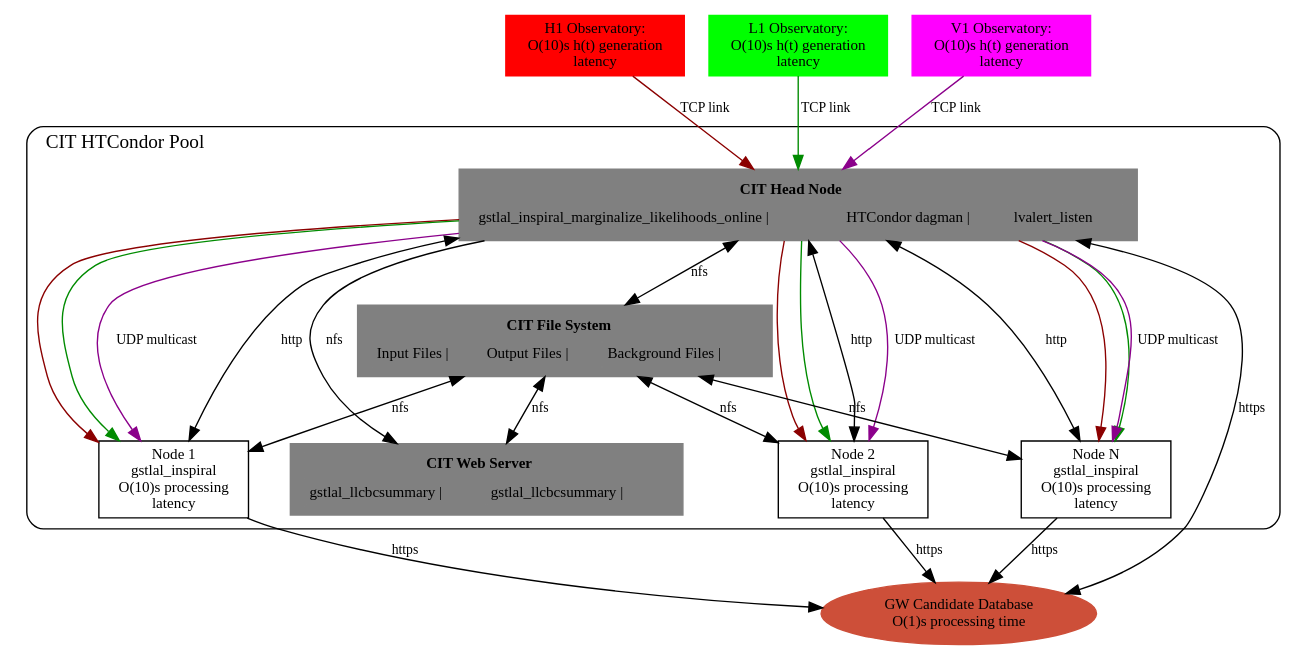
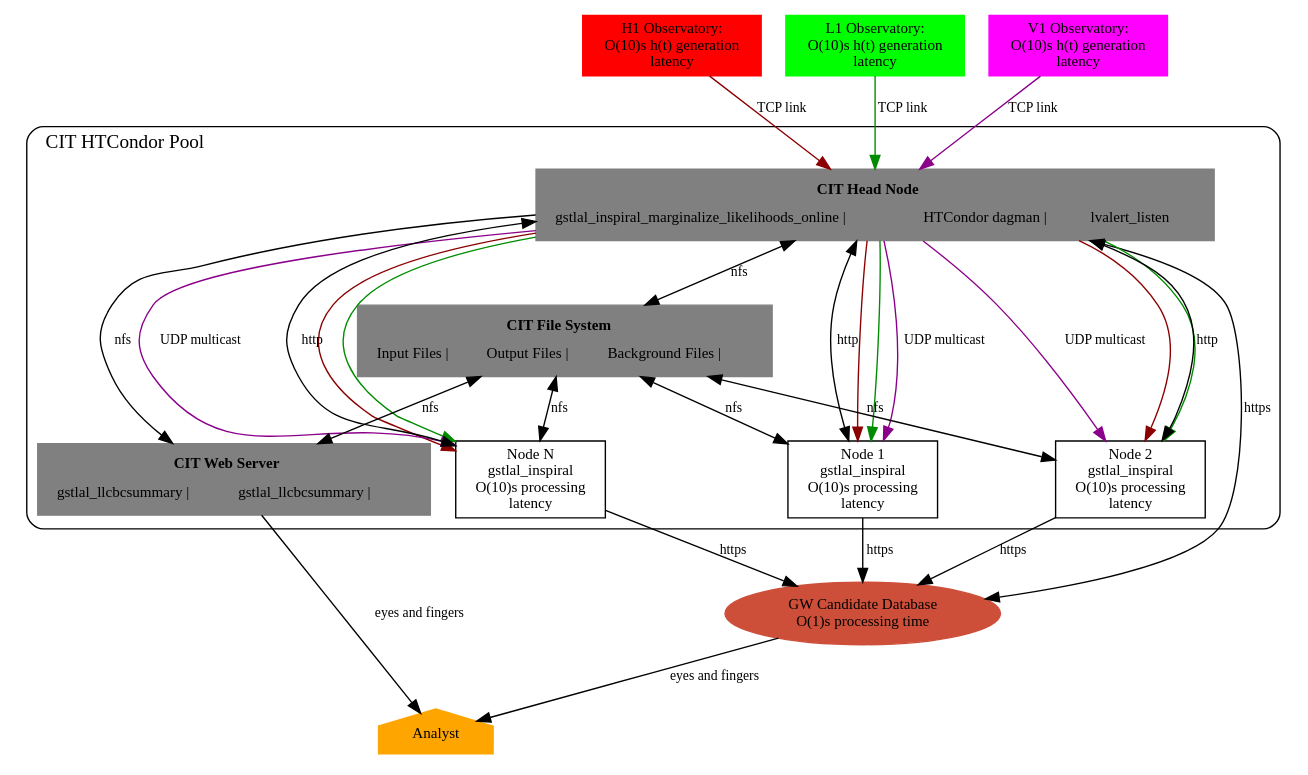
The diagram in gstlal-inspiral/doc/pages/images/llpipe.dot (ElsevierSoftwareX/SOFTX_2020_238), drawn with Graphviz before and after one commit. The commit also changed 1 other file, not shown here.

Commit message:
update dot graphs for low latency doc

```diff
--- a/gstlal-inspiral/doc/pages/images/llpipe.dot
+++ b/gstlal-inspiral/doc/pages/images/llpipe.dot
@@ -1,91 +1,95 @@
 digraph llpipe {
 	graph [fontname="Roman", fontsize=11];
 	edge [ fontname="Roman", fontsize=10 ];
 	node [fontname="Roman", shape=box, fontsize=11];
 
 	H1 [label="H1 Observatory:\nO(10)s h(t) generation\nlatency", color=red1, style=filled];
 	L1 [label="L1 Observatory:\nO(10)s h(t) generation\nlatency", color=green1, style=filled];
 	V1 [label="V1 Observatory:\nO(10)s h(t) generation\nlatency", color=magenta1, style=filled];
 
 	HeadNode [
 		style=filled, color=grey,
 		label = <<TABLE>
 			<TR><TD colspan="3"><B>CIT Head Node</B></TD></TR>
          		<TR>
 				<TD href="\ref gstlal_inspiral_marginalize_likelihoods_online"> gstlal_inspiral_marginalize_likelihoods_online | </TD>
 				<TD> HTCondor dagman | </TD>
 				<TD> lvalert_listen </TD>
 			</TR>
         		</TABLE>>
 		]
 
 	WebServer [
 		style=filled, color=grey,
 		label = <<TABLE>
 			<TR><TD colspan="3"><B>CIT Web Server</B></TD></TR>
          		<TR>
 				<TD href="\ref gstlal_llcbcsummary"> gstlal_llcbcsummary | </TD>
 				<TD href="\ref gstlal_llcbcnode"> gstlal_llcbcsummary | </TD>
 			</TR>
         		</TABLE>>
 		];
 
 	HomeDir [
 		style=filled, color=grey,
 		label = <<TABLE>
 			<TR><TD colspan="3"><B>CIT File System</B></TD></TR>
          		<TR>
 				<TD> Input Files | </TD>
 				<TD> Output Files | </TD>
 				<TD> Background Files | </TD>
 			</TR>
         		</TABLE>>
 		];
 
 	gracedb [label="GW Candidate Database\nO(1)s processing time", shape=oval, color=tomato3, style=filled];
 
 	H1 -> HeadNode [label="TCP link", color=red4];
 	L1 -> HeadNode [label="TCP link", color=green4];
 	V1 -> HeadNode [label="TCP link", color=magenta4];
 
+	Analyst [shape=house, style=filled, color=orange, URL="http://tinyurl.com/cgxkc25"];
+
 	subgraph clusterCIT { 
 
 		label="CIT HTCondor Pool";
 		fontsize = 14;
 		style=rounded;
 		labeljust="l";
 
 		Node1 [label="Node 1\ngstlal_inspiral\nO(10)s processing\nlatency", URL="\ref gstlal_inspiral"];
 		Node2 [label="Node 2\ngstlal_inspiral\nO(10)s processing\nlatency", URL="\ref gstlal_inspiral"];
 		NodeN [label="Node N\ngstlal_inspiral\nO(10)s processing\nlatency", URL="\ref gstlal_inspiral"];
 
 		HeadNode -> HomeDir [dir="both", label="nfs"] ;
 		HomeDir -> Node1 [dir="both", label="nfs"];
 		HomeDir -> Node2 [dir="both", label="nfs"];
 		HomeDir -> NodeN [dir="both", label="nfs"];
 		HomeDir -> WebServer [dir="both", label="nfs"];
 
 		HeadNode -> Node1 [color=red4];
 		HeadNode -> Node1 [color=green4];
 		HeadNode -> Node1 [color=magenta4, label="UDP multicast"];
 
 		HeadNode -> Node2 [color=red4];
 		HeadNode -> Node2 [color=green4];
 		HeadNode -> Node2 [color=magenta4, label="UDP multicast"];
 
 		HeadNode -> NodeN [color=red4];
 		HeadNode -> NodeN [color=green4];
 		HeadNode -> NodeN [color=magenta4, label="UDP multicast"];
 
 		Node1 -> HeadNode [dir=both, label="http"];
 		Node2 -> HeadNode [dir=both, label="http"];
 		NodeN -> HeadNode [dir=both, label="http"];
 		HeadNode -> WebServer [label="nfs"];
 
 	}
 
 	HeadNode -> gracedb [dir="both", label="https"] ;
 	Node1 -> gracedb [label="https"];
 	Node2 -> gracedb [label="https"];
 	NodeN -> gracedb [label="https"];
+	WebServer -> Analyst [label="eyes and fingers"];
+	gracedb -> Analyst [label="eyes and fingers"];
 }
```
